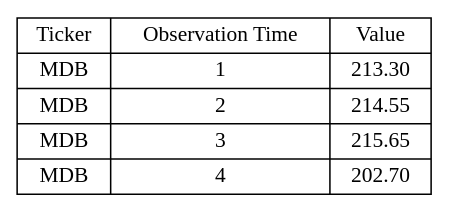
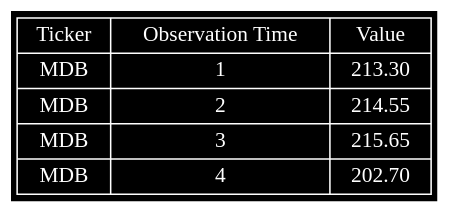
Before and after one commit to jschmuec/bitemp.ts: the diagram in docs/temporal_r.dot, drawn with Graphviz. The commit also changed 3 other files, not shown here.

```diff
--- a/docs/temporal_r.dot
+++ b/docs/temporal_r.dot
@@ -1,3 +1,4 @@
 digraph ER {
-    market_data [ shape=record label="{Ticker|MDB|MDB|MDB|MDB}|{Observation Time|1|2|3|4}|{Value|213.30|214.55|215.65|202.70}"]
+    bgcolor=black
+    market_data [ shape=record color=white fontcolor=white label="{Ticker|MDB|MDB|MDB|MDB}|{Observation Time|1|2|3|4}|{Value|213.30|214.55|215.65|202.70}"]
 }
```
